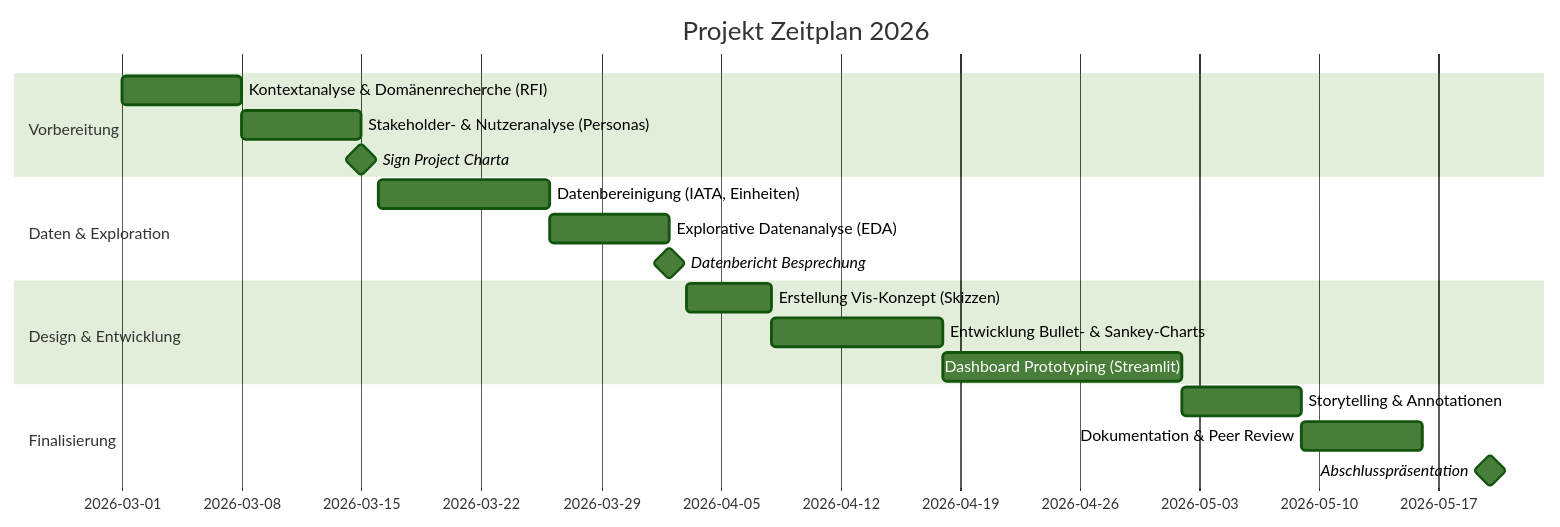
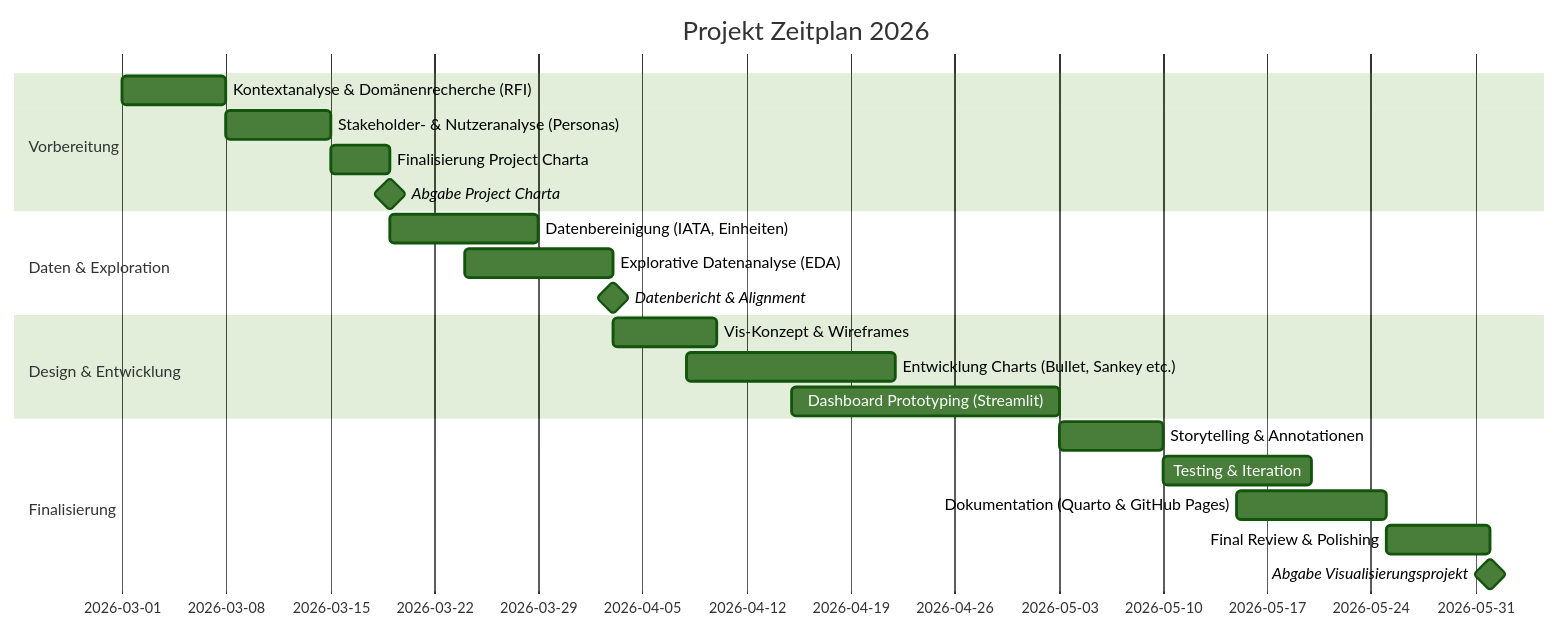
One commit to vdss-fs26-ds24t/ds24-6-vdss-project changed the diagram in docs/project_charta.qmd. Above: the diagram before and after it, drawn with Mermaid (forest theme). The commit also changed other lines of this file, not shown here.

Commit message:
Update project_charta minor edit

````diff
--- a/docs/project_charta.qmd
+++ b/docs/project_charta.qmd
@@ -111,24 +111,31 @@
 ```{mermaid}
 %%| label: fig-project-plan
 %%| fig-cap: Vorläufiger Zeitplan des Visualisierungsprojekts.
 gantt
     title Projekt Zeitplan 2026
     dateFormat YYYY-MM-DD
     tickInterval 1week
+
     section Vorbereitung
         Kontextanalyse & Domänenrecherche (RFI)    :a1, 2026-03-01, 7d
         Stakeholder- & Nutzeranalyse (Personas)    :a2, 2026-03-08, 7d
-        Sign Project Charta                        :milestone, m1, 2026-03-15, 0d
+        Finalisierung Project Charta               :a3, 2026-03-15, 4d
+        Abgabe Project Charta                      :milestone, m1, 2026-03-19, 0d
+
     section Daten & Exploration
-        Datenbereinigung (IATA, Einheiten)         :a3, 2026-03-16, 10d
-        Explorative Datenanalyse (EDA)             :a4, 2026-03-26, 7d
-        Datenbericht Besprechung                   :milestone, m2, 2026-04-02, 0d
+        Datenbereinigung (IATA, Einheiten)         :b1, 2026-03-19, 10d
+        Explorative Datenanalyse (EDA)             :b2, 2026-03-24, 10d
+        Datenbericht & Alignment                   :milestone, m2, 2026-04-03, 0d
+
     section Design & Entwicklung
-        Erstellung Vis-Konzept (Skizzen)           :a5, 2026-04-03, 5d
-        Entwicklung Bullet- & Sankey-Charts        :a6, 2026-04-08, 10d
-        Dashboard Prototyping (Streamlit)          :a7, 2026-04-18, 14d
+        Vis-Konzept & Wireframes                   :c1, 2026-04-03, 7d
+        Entwicklung Charts (Bullet, Sankey etc.)   :c2, 2026-04-08, 14d
+        Dashboard Prototyping (Streamlit)          :c3, 2026-04-15, 18d
+
     section Finalisierung
-        Storytelling & Annotationen                :a8, 2026-05-02, 7d
-        Dokumentation & Peer Review                :a9, 2026-05-09, 7d
-        Abschlusspräsentation                      :milestone, m3, 2026-05-20, 0d
+        Storytelling & Annotationen                :d1, 2026-05-03, 7d
+        Testing & Iteration                        :d2, 2026-05-10, 10d
+        Dokumentation (Quarto & GitHub Pages)      :d3, 2026-05-15, 10d
+        Final Review & Polishing                   :d4, 2026-05-25, 7d
+        Abgabe Visualisierungsprojekt              :milestone, m3, 2026-06-01, 0d
 ```
````
